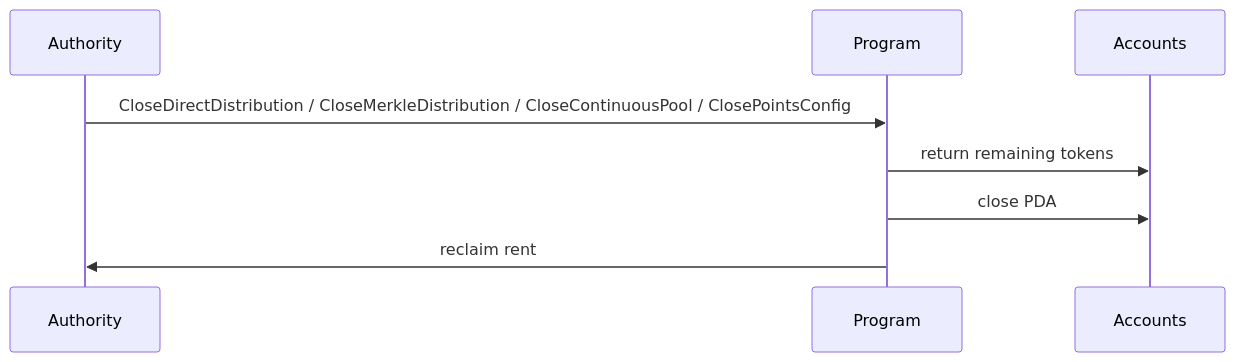
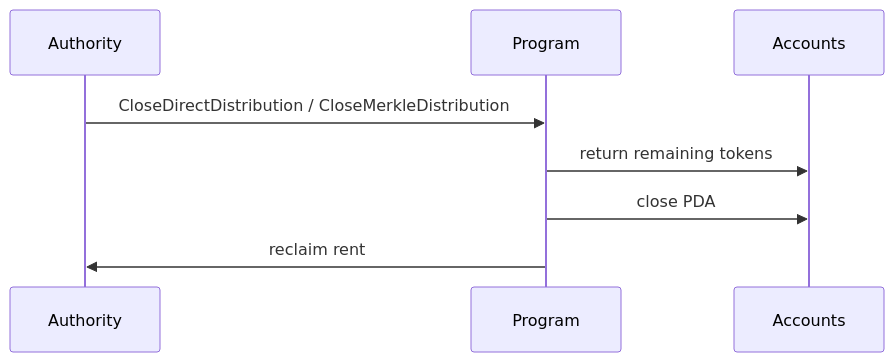
One commit to solana-foundation/rewards changed the fifth of 5 diagrams in README.md. Above: the diagram before and after it, drawn with Mermaid. The commit also changed other lines of this file, not shown here.

Commit message:
docs: align README with Direct and Merkle distributions

````diff
--- a/README.md
+++ b/README.md
@@ -253,11 +156,11 @@
 ```mermaid
 sequenceDiagram
     participant Authority
     participant Program
     participant Accounts
 
-    Authority->>Program: CloseDirectDistribution / CloseMerkleDistribution / CloseContinuousPool / ClosePointsConfig
+    Authority->>Program: CloseDirectDistribution / CloseMerkleDistribution
     Program->>Accounts: return remaining tokens
     Program->>Accounts: close PDA
     Program->>Authority: reclaim rent
 ```
````
